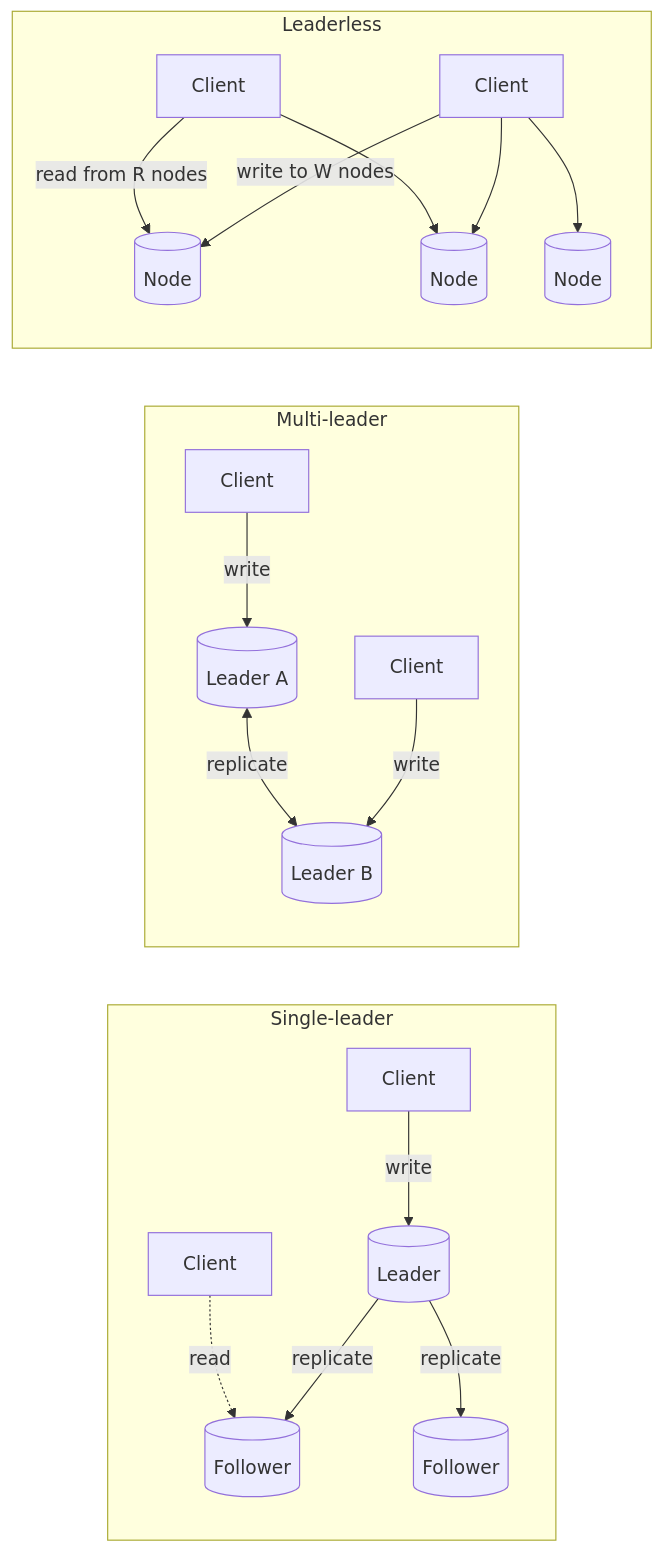
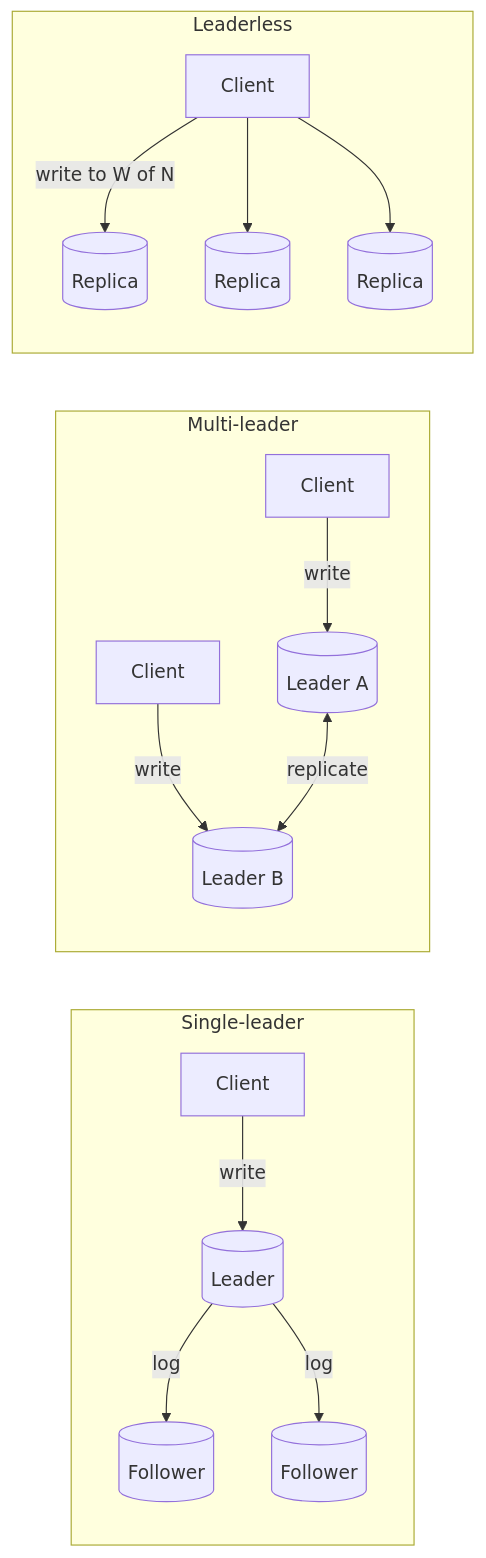
The first of 9 diagrams in github-pages/docs/distributed-systems/replication-strategies.md (AndrewAltimit/Documentation), drawn with Mermaid before and after one commit. The commit also changed other lines of this file and 240 other files, not shown here.

````diff
--- a/github-pages/docs/distributed-systems/replication-strategies.md
+++ b/github-pages/docs/distributed-systems/replication-strategies.md
@@ -38,21 +41,18 @@
 ```mermaid
 flowchart LR
     subgraph Single["Single-leader"]
         C1[Client] -->|write| L1[(Leader)]
-        L1 -->|replicate| F1[(Follower)]
-        L1 -->|replicate| F2[(Follower)]
-        C2[Client] -.read.-> F1
+        L1 -->|log| F1[(Follower)]
+        L1 -->|log| F2[(Follower)]
     end
     subgraph Multi["Multi-leader"]
-        LA[(Leader A)] <-->|replicate| LB[(Leader B)]
-        CA[Client] -->|write| LA
-        CB[Client] -->|write| LB
+        CA[Client] -->|write| LA[(Leader A)]
+        CB[Client] -->|write| LB[(Leader B)]
+        LA <-->|replicate| LB
     end
     subgraph Leaderless["Leaderless"]
-        CX[Client] -->|write to W nodes| N1[(Node)]
-        CX --> N2[(Node)]
-        CX --> N3[(Node)]
-        CY[Client] -->|read from R nodes| N1
-        CY --> N2
+        CX[Client] -->|write to W of N| N1[(Replica)]
+        CX --> N2[(Replica)]
+        CX --> N3[(Replica)]
     end
 ```
````
